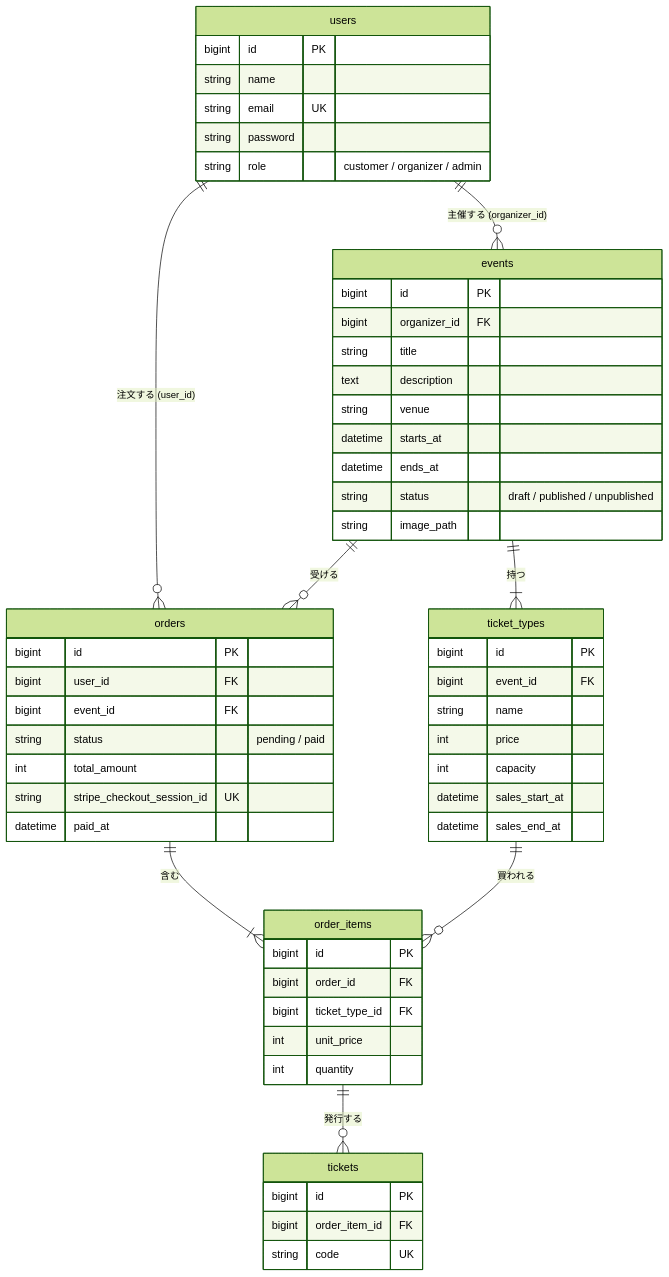
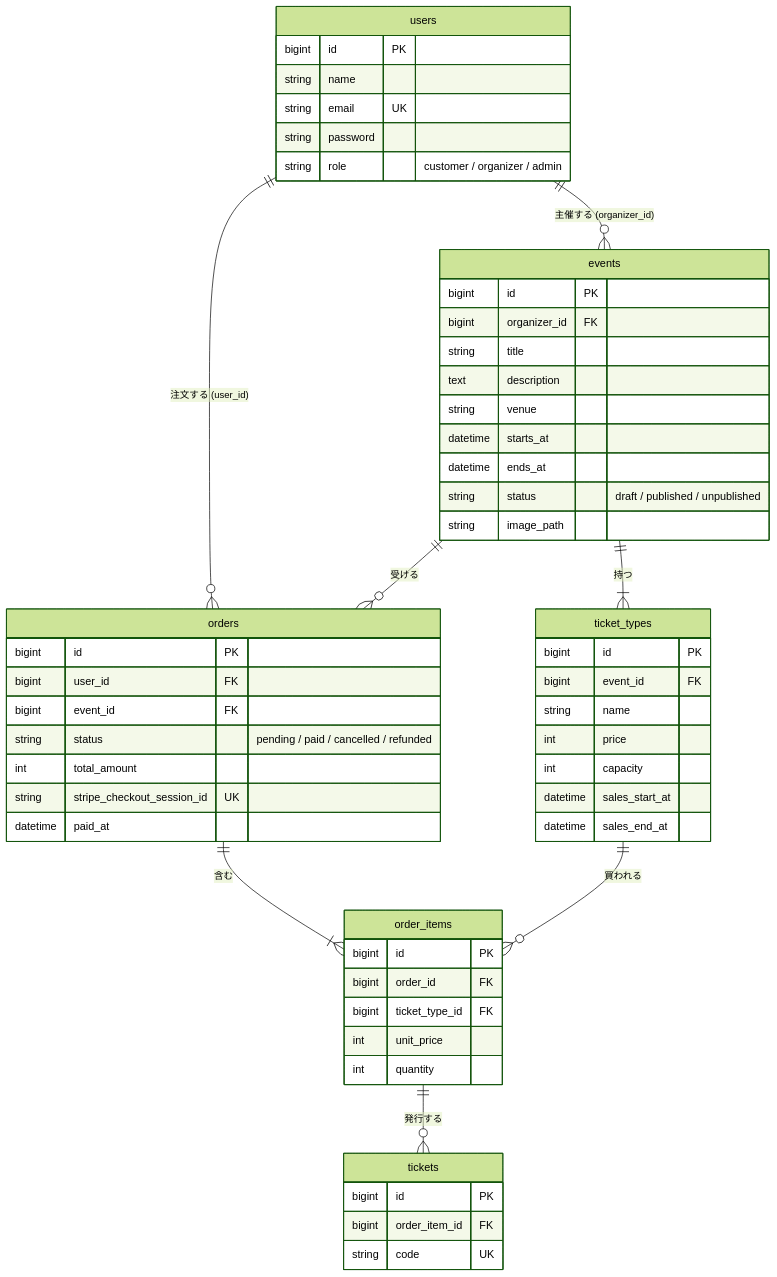
The diagram in doc/design/database.md (misamisa683269/ticket-app), drawn with Mermaid (forest theme) before and after one commit. The commit also changed other lines of this file and 21 other files, not shown here.

````diff
--- a/doc/design/database.md
+++ b/doc/design/database.md
@@ -5,59 +5,59 @@
 ```mermaid
 erDiagram
     users ||--o{ events : "主催する (organizer_id)"
     users ||--o{ orders : "注文する (user_id)"
     events ||--|{ ticket_types : "持つ"
     events ||--o{ orders : "受ける"
     orders ||--|{ order_items : "含む"
     ticket_types ||--o{ order_items : "買われる"
     order_items ||--o{ tickets : "発行する"
 
     users {
         bigint id PK
         string name
         string email UK
         string password
         string role "customer / organizer / admin"
     }
     events {
         bigint id PK
         bigint organizer_id FK
         string title
         text description
         string venue
         datetime starts_at
         datetime ends_at
         string status "draft / published / unpublished"
         string image_path
     }
     ticket_types {
         bigint id PK
         bigint event_id FK
         string name
         int price
         int capacity
         datetime sales_start_at
         datetime sales_end_at
     }
     orders {
         bigint id PK
         bigint user_id FK
         bigint event_id FK
-        string status "pending / paid"
+        string status "pending / paid / cancelled / refunded"
         int total_amount
         string stripe_checkout_session_id UK
         datetime paid_at
     }
     order_items {
         bigint id PK
         bigint order_id FK
         bigint ticket_type_id FK
         int unit_price
         int quantity
     }
     tickets {
         bigint id PK
         bigint order_item_id FK
         string code UK
     }
 ```
````
